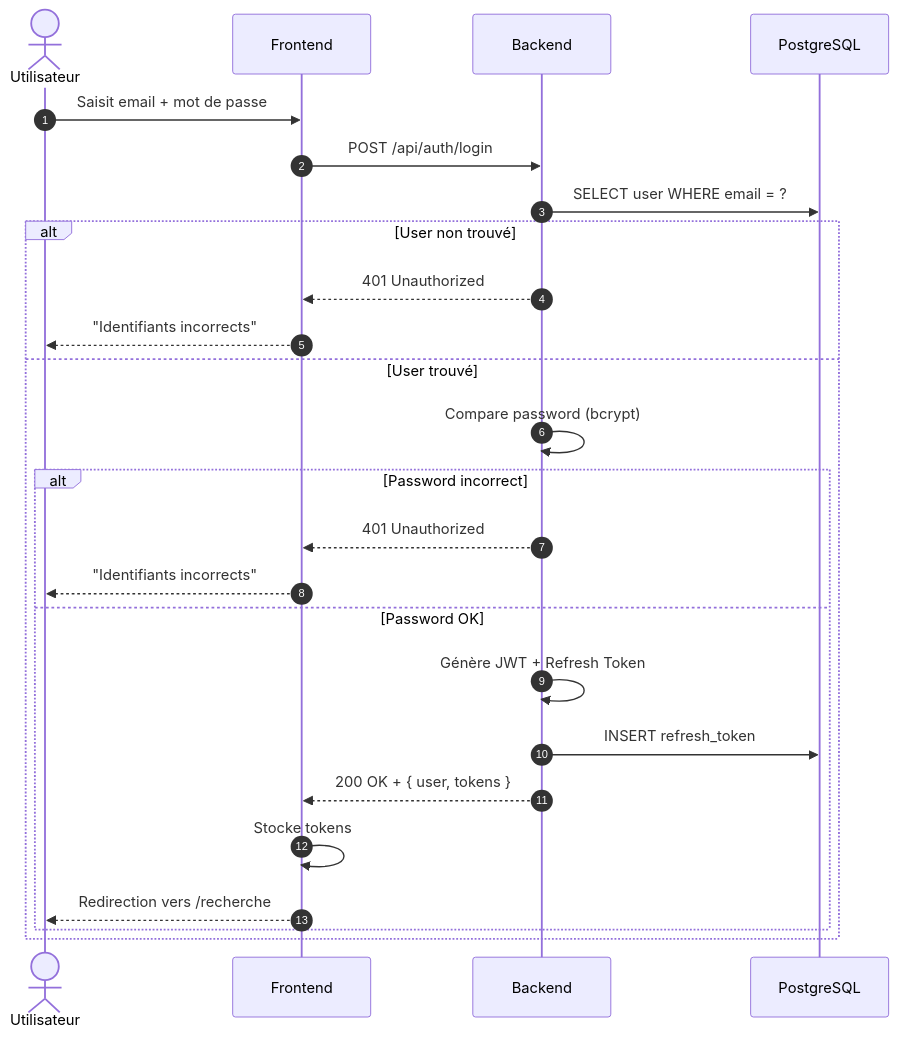
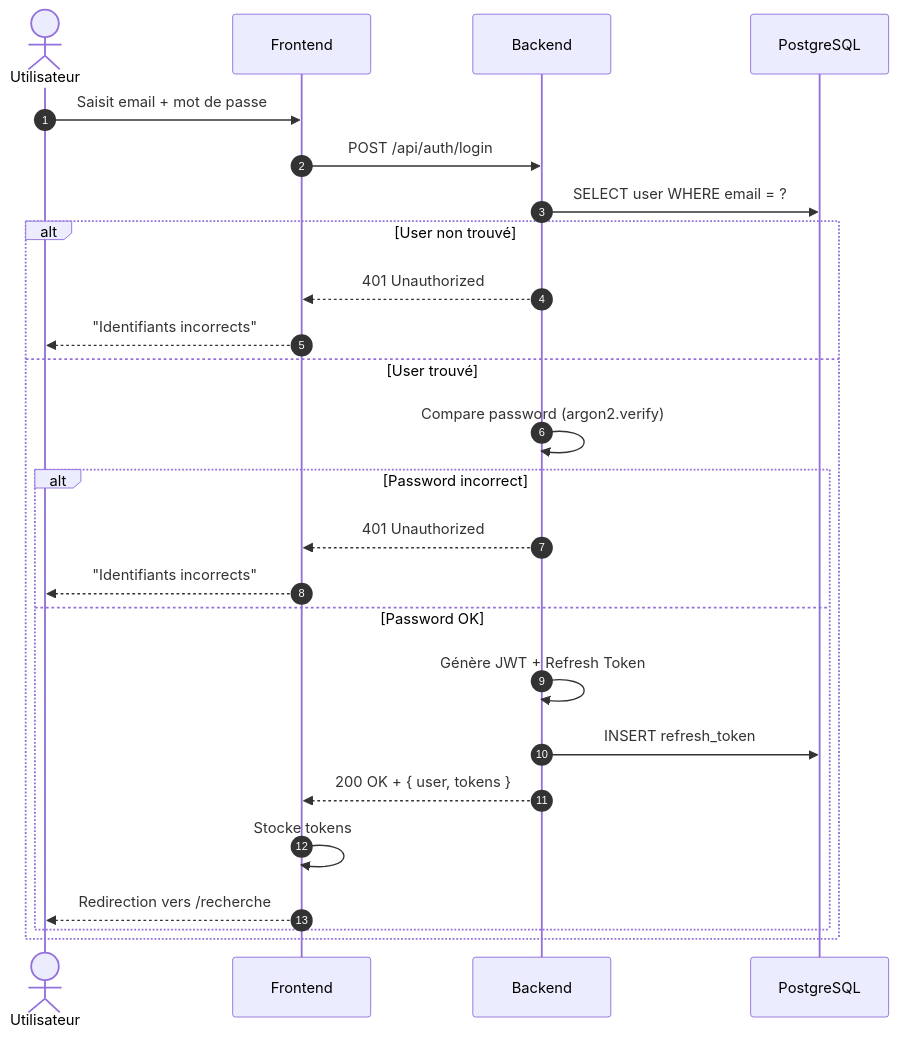
Before and after one commit to Sojeremy/documentation-skillswap: the second of 4 diagrams in docs/documentation-implementation/arc42/06-runtime/authentication.md, drawn with Mermaid. The commit also changed other lines of this file and 9 other files, not shown here.

````diff
--- a/docs/documentation-implementation/arc42/06-runtime/authentication.md
+++ b/docs/documentation-implementation/arc42/06-runtime/authentication.md
@@ -47,28 +47,28 @@
 ```mermaid
 sequenceDiagram
     autonumber
     actor U as Utilisateur
     participant F as Frontend
     participant B as Backend
     participant DB as PostgreSQL
 
     U->>F: Saisit email + mot de passe
     F->>B: POST /api/auth/login
     B->>DB: SELECT user WHERE email = ?
     alt User non trouvé
         B-->>F: 401 Unauthorized
         F-->>U: "Identifiants incorrects"
     else User trouvé
-        B->>B: Compare password (bcrypt)
+        B->>B: Compare password (argon2.verify)
         alt Password incorrect
             B-->>F: 401 Unauthorized
             F-->>U: "Identifiants incorrects"
         else Password OK
             B->>B: Génère JWT + Refresh Token
             B->>DB: INSERT refresh_token
             B-->>F: 200 OK + { user, tokens }
             F->>F: Stocke tokens
             F-->>U: Redirection vers /recherche
         end
     end
 ```
````
